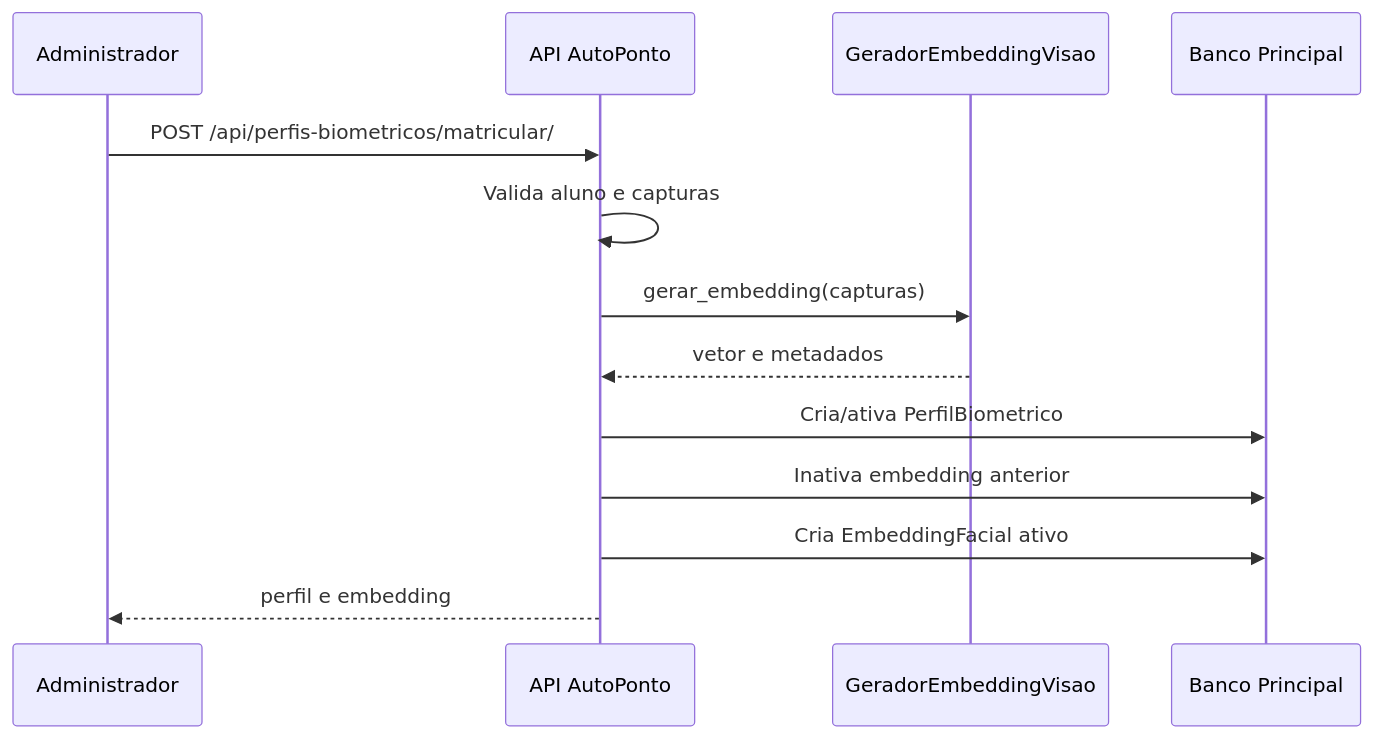
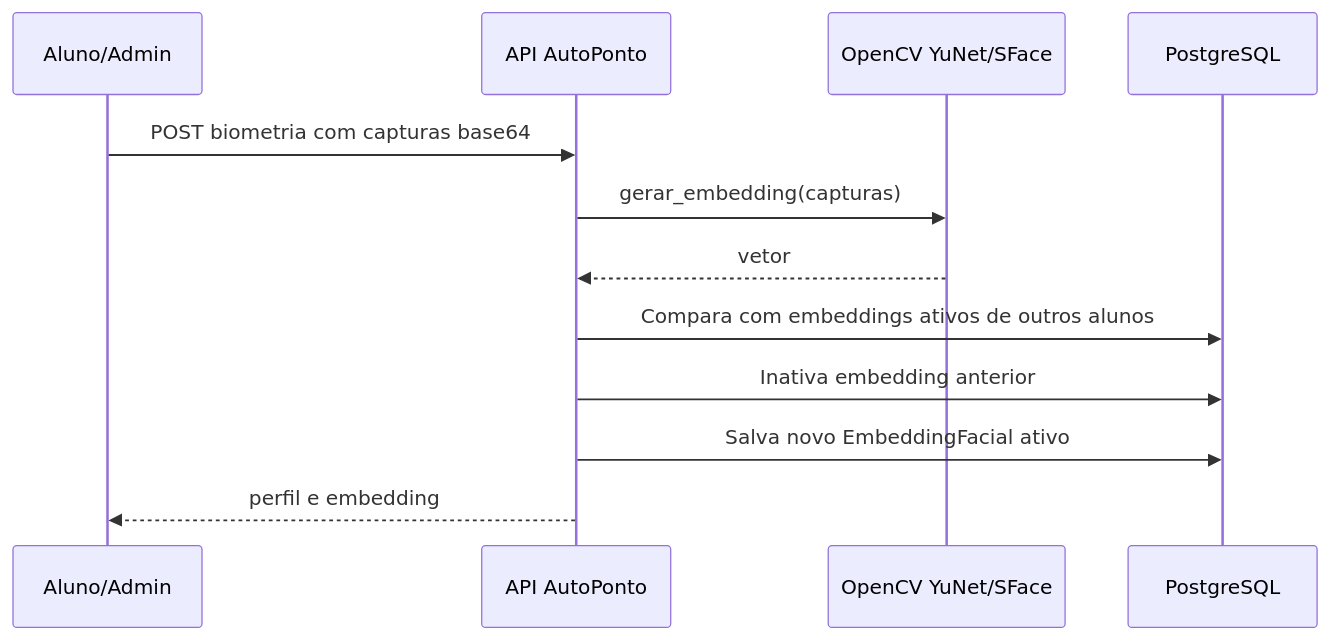
Before and after one commit to DanielKGM/autoponto: the eighth of 12 diagrams in autoponto-backend/docs/diagramas-tcc.md, drawn with Mermaid. The commit also changed other lines of this file and 46 other files, not shown here.

````diff
--- a/autoponto-backend/docs/diagramas-tcc.md
+++ b/autoponto-backend/docs/diagramas-tcc.md
@@ -278,16 +244,15 @@
 ```mermaid
 sequenceDiagram
-    participant Admin as Administrador
+    participant Usuario as Aluno/Admin
     participant API as API AutoPonto
-    participant Visao as GeradorEmbeddingVisao
-    participant DB as Banco Principal
+    participant Visao as OpenCV YuNet/SFace
+    participant DB as PostgreSQL
 
-    Admin->>API: POST /api/perfis-biometricos/matricular/
-    API->>API: Valida aluno e capturas
+    Usuario->>API: POST biometria com capturas base64
     API->>Visao: gerar_embedding(capturas)
-    Visao-->>API: vetor e metadados
-    API->>DB: Cria/ativa PerfilBiometrico
+    Visao-->>API: vetor
+    API->>DB: Compara com embeddings ativos de outros alunos
     API->>DB: Inativa embedding anterior
-    API->>DB: Cria EmbeddingFacial ativo
-    API-->>Admin: perfil e embedding
+    API->>DB: Salva novo EmbeddingFacial ativo
+    API-->>Usuario: perfil e embedding
 ```
````
